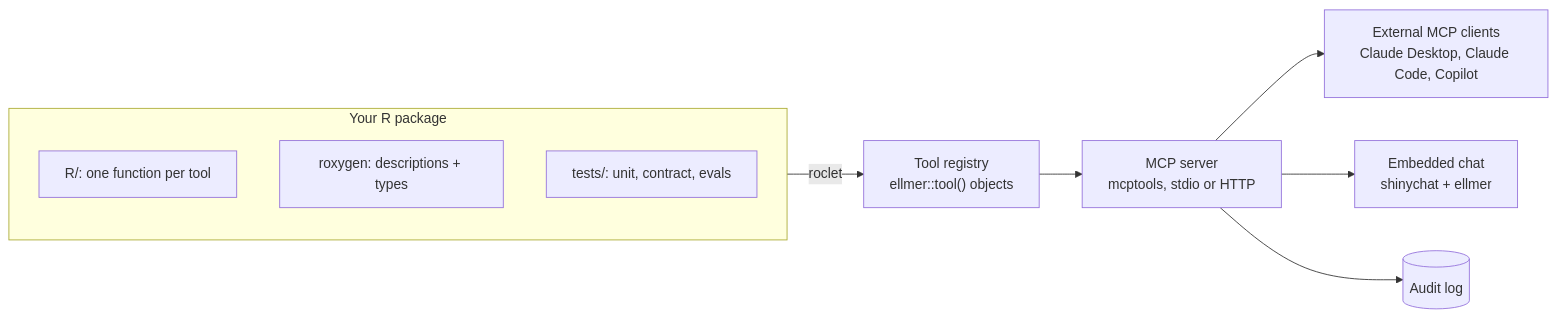
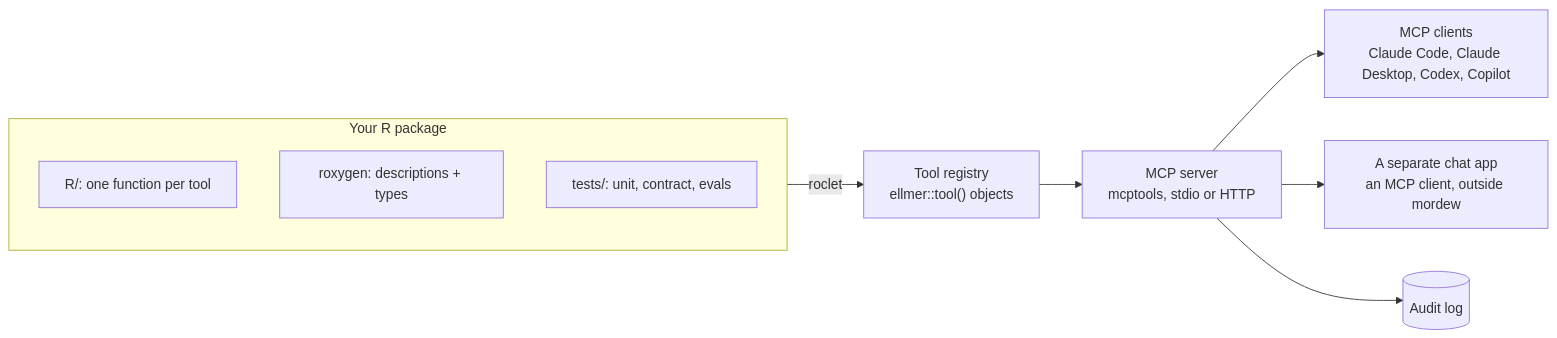
Before and after one commit to ThinkR-open/mordew: the first of 3 diagrams in README.md, drawn with Mermaid. The commit also changed other lines of this file, not shown here.

First line of the commit message:
Take the chat out of mordew's scope

````diff
--- a/README.md
+++ b/README.md
@@ -149,13 +168,13 @@
 ```mermaid
 flowchart LR
   subgraph pkg["Your R package"]
     F["R/: one function per tool"]
     X["roxygen: descriptions + types"]
     T["tests/: unit, contract, evals"]
   end
   pkg -- "roclet" --> REG["Tool registry<br/>ellmer::tool() objects"]
   REG --> SRV["MCP server<br/>mcptools, stdio or HTTP"]
-  SRV --> EXT["External MCP clients<br/>Claude Desktop, Claude Code, Copilot"]
-  SRV --> CHAT["Embedded chat<br/>shinychat + ellmer"]
+  SRV --> EXT["MCP clients<br/>Claude Code, Claude Desktop, Codex, Copilot"]
+  SRV --> CHAT["A separate chat app<br/>an MCP client, outside mordew"]
   SRV --> LOG[("Audit log")]
 ```
````
